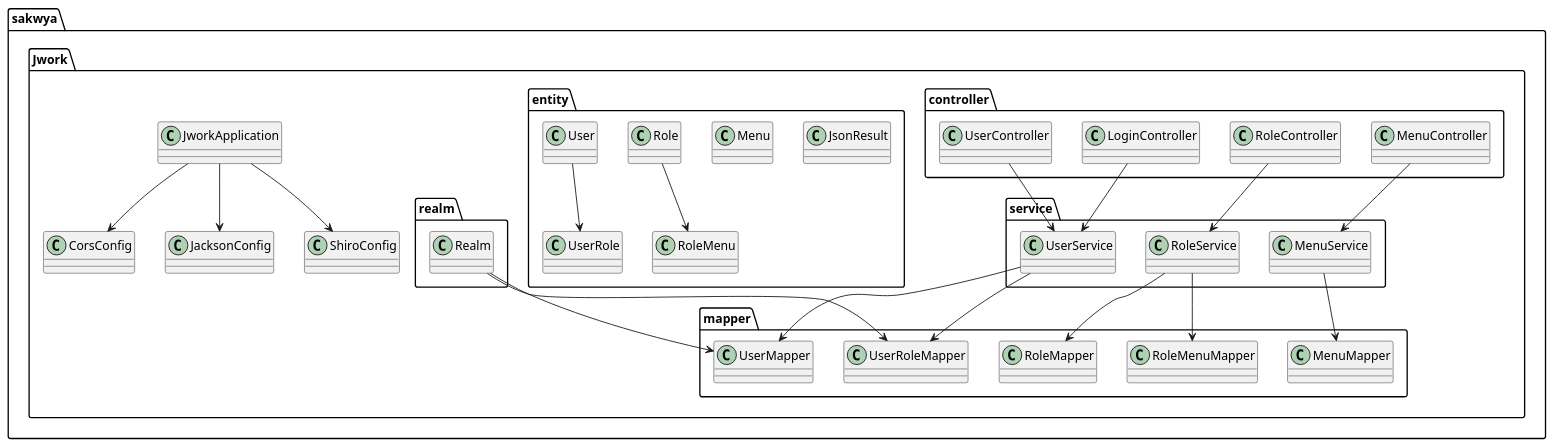
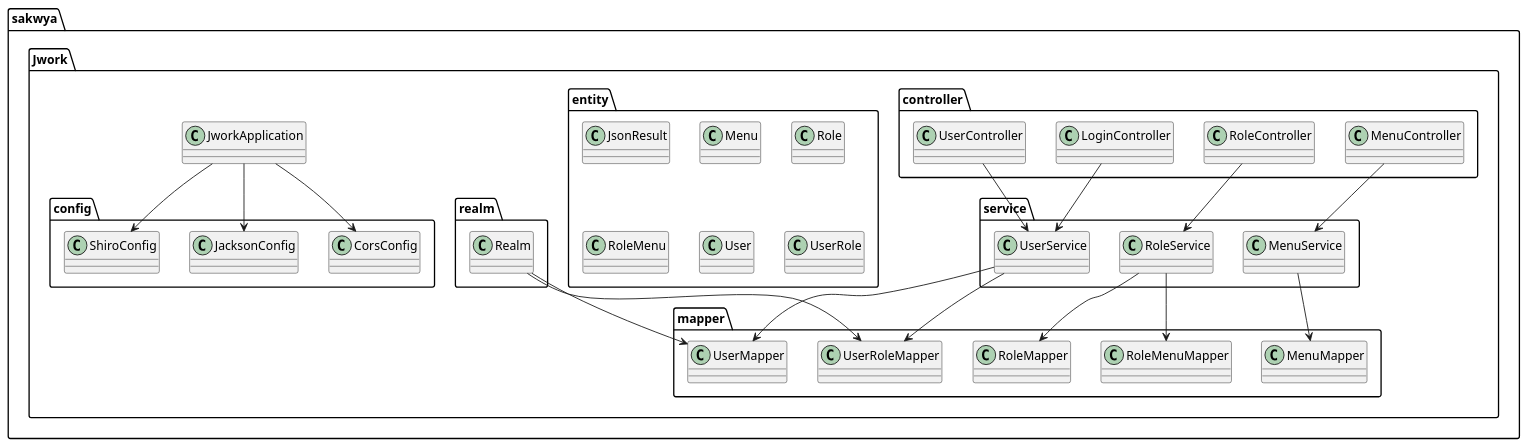
Before and after one commit to Sakwya/charts-plantxml: the diagram in 类图.puml, drawn with PlantUML. The commit also changed 8 other files, not shown here.

```diff
--- a/类图.puml
+++ b/类图.puml
@@ -1,64 +1,62 @@
 @startuml
 package "sakwya.Jwork" {
     class JworkApplication
-    class CorsConfig
-    class JacksonConfig
-    class ShiroConfig
+    package "config"{
+        class CorsConfig
+        class JacksonConfig
+        class ShiroConfig
+    }
 
     package "controller" {
         class LoginController
         class MenuController
         class RoleController
         class UserController
     }
 
     package "entity" {
         class JsonResult
         class Menu
         class Role
         class RoleMenu
         class User
         class UserRole
     }
 
     package "mapper" {
         class MenuMapper
         class RoleMapper
         class RoleMenuMapper
         class UserMapper
         class UserRoleMapper
     }
 
-    package "realm" {
-        class Realm
-    }
-
     package "service" {
         class MenuService
         class RoleService
         class UserService
+    }
+    package "realm" {
+        class Realm
     }
 
     JworkApplication --> CorsConfig
     JworkApplication --> JacksonConfig
     JworkApplication --> ShiroConfig
 
     LoginController --> UserService
     MenuController --> MenuService
     RoleController --> RoleService
     UserController --> UserService
-
-    Role --> RoleMenu
-    User --> UserRole
 
     MenuService --> MenuMapper
     RoleService --> RoleMapper
     RoleService --> RoleMenuMapper
     UserService --> UserMapper
     UserService --> UserRoleMapper
 
     Realm --> UserMapper
     Realm --> UserRoleMapper
 }
 
 @enduml
```
